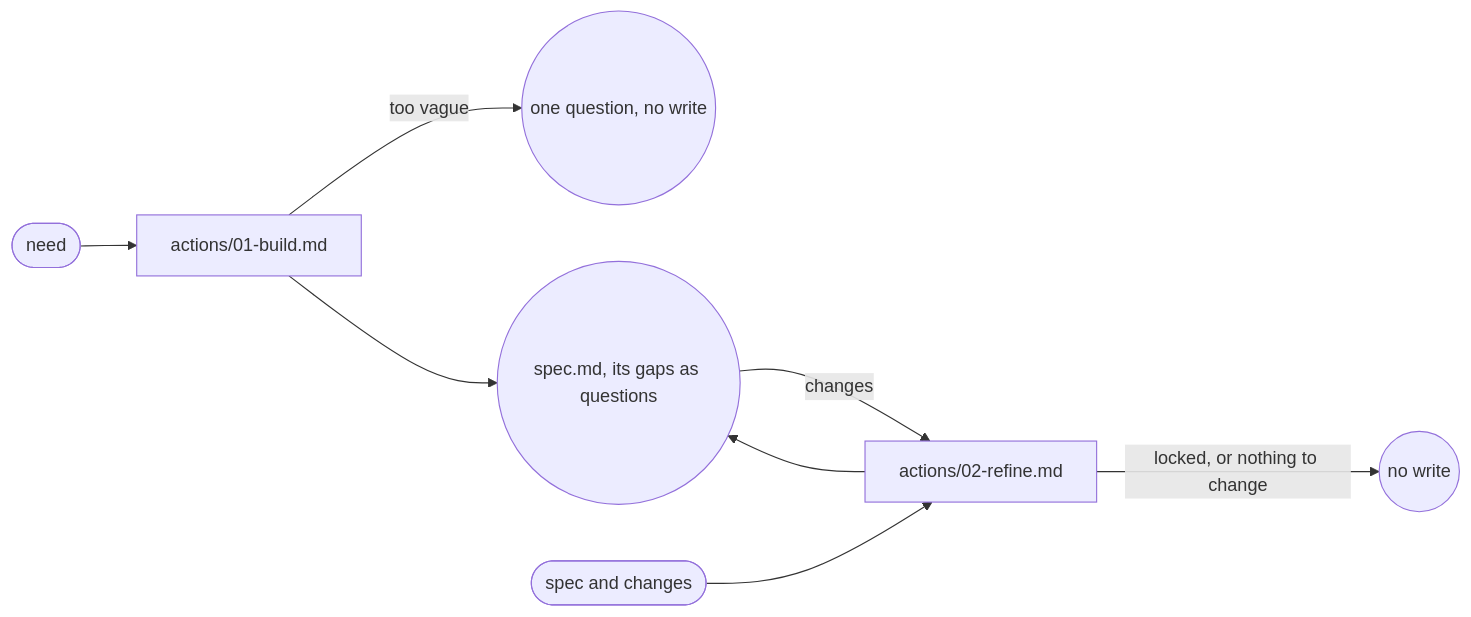
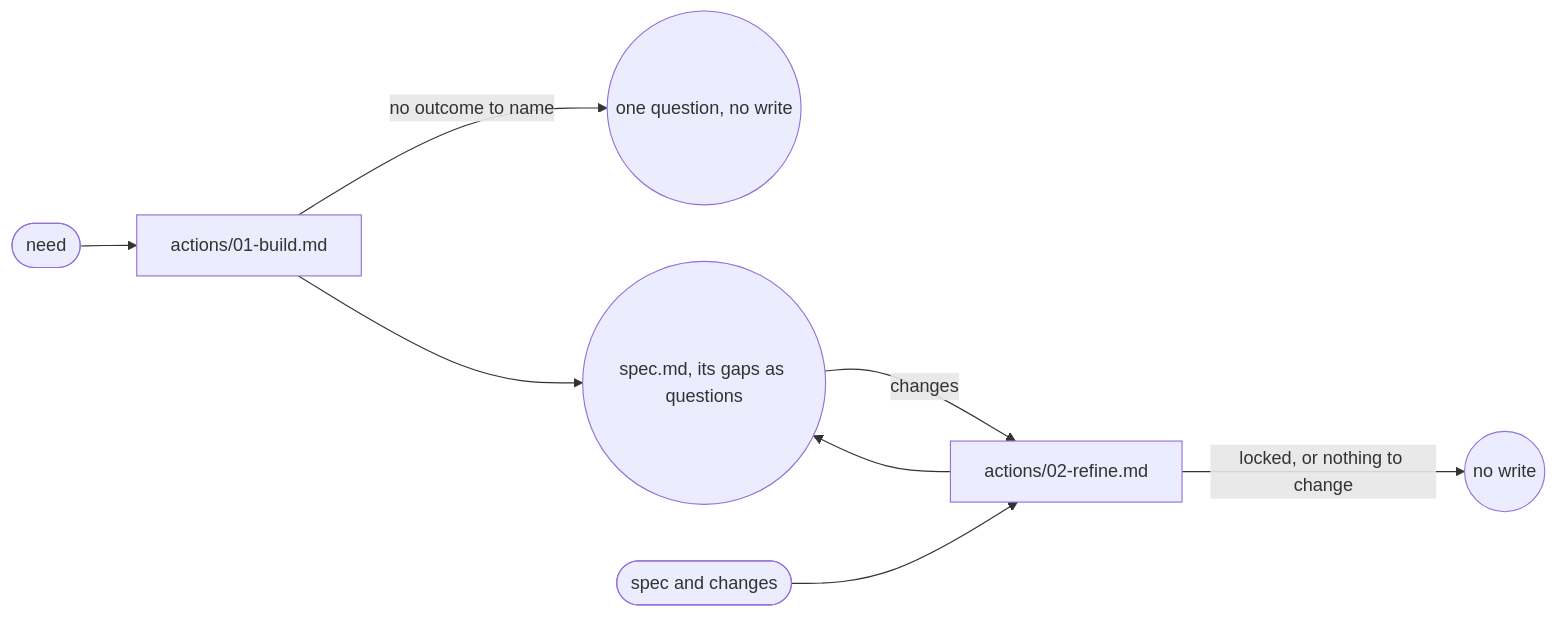
The diagram in plugins/aidd-pm/skills/04-spec/SKILL.md (ai-driven-dev/framework), drawn with Mermaid before and after one commit. The commit also changed 6 other files, not shown here.

````diff
--- a/plugins/aidd-pm/skills/04-spec/SKILL.md
+++ b/plugins/aidd-pm/skills/04-spec/SKILL.md
@@ -9,10 +9,10 @@
 ```mermaid
 flowchart LR
   source([need]) --> build["actions/01-build.md"]
-  build -->|"too vague"| asked((one question, no write))
+  build -->|"no outcome to name"| asked((one question, no write))
   build --> spec((spec.md, its gaps as questions))
   spec -->|"changes"| refine
   changes([spec and changes]) --> refine["actions/02-refine.md"]
   refine --> spec
   refine -->|"locked, or nothing to change"| unchanged((no write))
 ```
````
